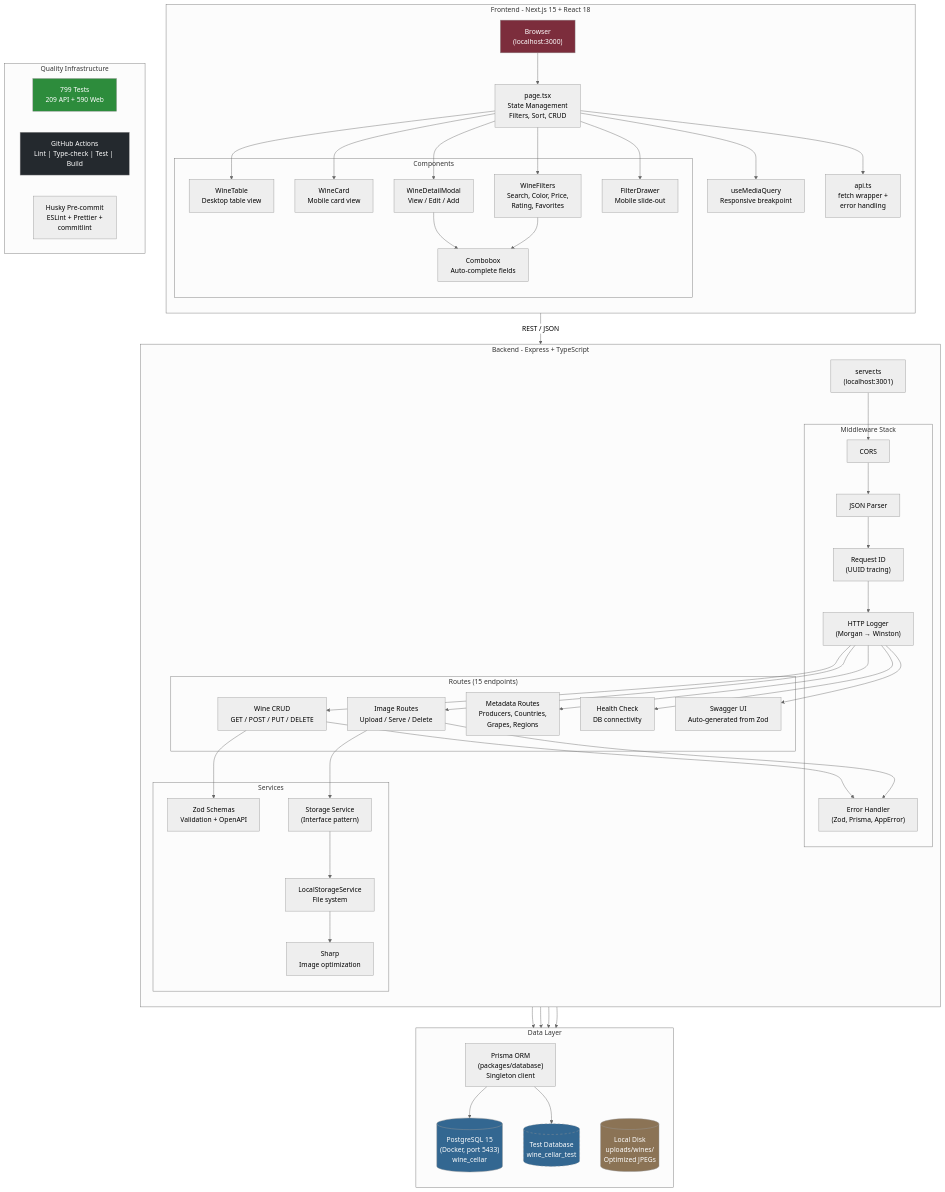
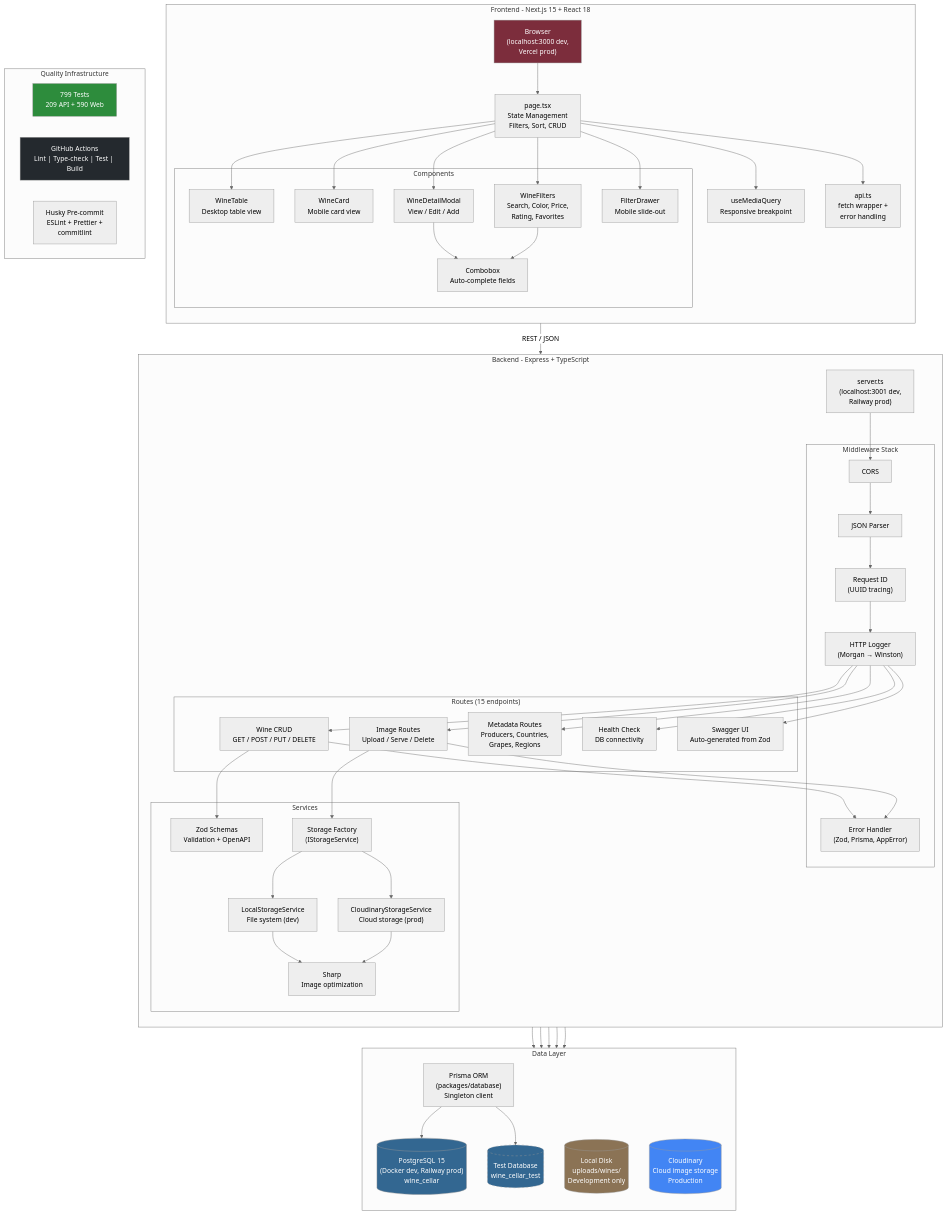
The first of 8 diagrams in documents/architecture-diagram.md (blburson1204/wine-cellar), drawn with Mermaid (neutral theme) before and after one commit. The commit also changed other lines of this file and 5 other files, not shown here.

````diff
--- a/documents/architecture-diagram.md
+++ b/documents/architecture-diagram.md
@@ -9,7 +9,7 @@
 graph TB
     subgraph "Frontend - Next.js 15 + React 18"
         direction TB
-        Browser["Browser<br/>(localhost:3000)"]
+        Browser["Browser<br/>(localhost:3000 dev,<br/>Vercel prod)"]
         Page["page.tsx<br/>State Management<br/>Filters, Sort, CRUD"]
         subgraph "Components"
             WT["WineTable<br/>Desktop table view"]
@@ -25,7 +25,7 @@
 
     subgraph "Backend - Express + TypeScript"
         direction TB
-        Server["server.ts<br/>(localhost:3001)"]
+        Server["server.ts<br/>(localhost:3001 dev,<br/>Railway prod)"]
         subgraph "Middleware Stack"
             CORS["CORS"]
             JSON["JSON Parser"]
@@ -42,8 +42,9 @@
         end
         subgraph "Services"
             ZOD["Zod Schemas<br/>Validation + OpenAPI"]
-            STORAGE["Storage Service<br/>(Interface pattern)"]
-            LOCAL["LocalStorageService<br/>File system"]
+            STORAGE["Storage Factory<br/>(IStorageService)"]
+            LOCAL["LocalStorageService<br/>File system (dev)"]
+            CLOUDINARY["CloudinaryStorageService<br/>Cloud storage (prod)"]
             SHARP["Sharp<br/>Image optimization"]
         end
     end
@@ -51,9 +52,10 @@
     subgraph "Data Layer"
         direction TB
         PRISMA["Prisma ORM<br/>(packages/database)<br/>Singleton client"]
-        PG[("PostgreSQL 15<br/>(Docker, port 5433)<br/>wine_cellar")]
+        PG[("PostgreSQL 15<br/>(Docker dev, Railway prod)<br/>wine_cellar")]
         PG_TEST[("Test Database<br/>wine_cellar_test")]
-        DISK[("Local Disk<br/>uploads/wines/<br/>Optimized JPEGs")]
+        DISK[("Local Disk<br/>uploads/wines/<br/>Development only")]
+        CLOUD[("Cloudinary<br/>Cloud image storage<br/>Production")]
     end
 
     subgraph "Quality Infrastructure"
@@ -83,7 +85,9 @@
     CRUD --> ZOD
     IMG --> STORAGE
     STORAGE --> LOCAL
+    STORAGE --> CLOUDINARY
     LOCAL --> SHARP
+    CLOUDINARY --> SHARP
     CRUD --> ERR
     IMG --> ERR
     CRUD --> PRISMA
@@ -92,11 +96,13 @@
     PRISMA --> PG
     PRISMA --> PG_TEST
     LOCAL --> DISK
+    CLOUDINARY --> CLOUD
 
     style Browser fill:#7C2D3C,color:#fff
     style PG fill:#336791,color:#fff
     style PG_TEST fill:#336791,color:#fff,stroke-dasharray: 5 5
     style DISK fill:#8B7355,color:#fff
+    style CLOUD fill:#4285F4,color:#fff
     style CI fill:#24292e,color:#fff
     style TESTS fill:#2d8c3c,color:#fff
 ```
````
